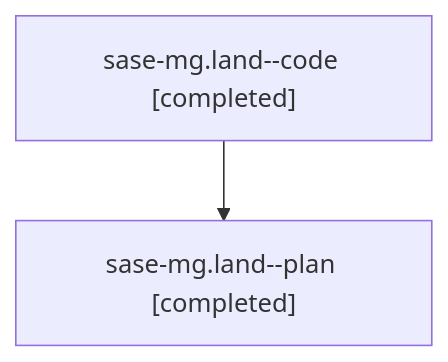
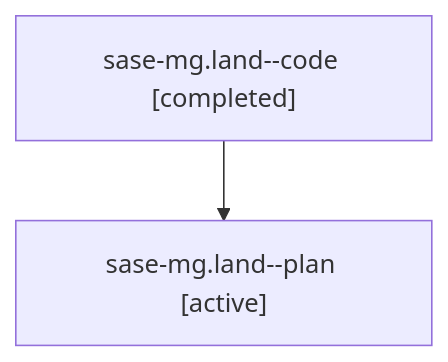
The diagram in families/bbugyi200.athena.sase-mg.land.md (sase-org/sase--agents), drawn with Mermaid before and after one commit. The commit also changed other lines of this file and 35830 other files, not shown here.

````diff
--- a/families/bbugyi200.athena.sase-mg.land.md
+++ b/families/bbugyi200.athena.sase-mg.land.md
@@ -9,6 +9,6 @@
 ```mermaid
 flowchart TD
   n0["sase-mg.land--code [completed]"]
-  n1["sase-mg.land--plan [completed]"]
+  n1["sase-mg.land--plan [active]"]
   n0 --> n1
 ```
````
